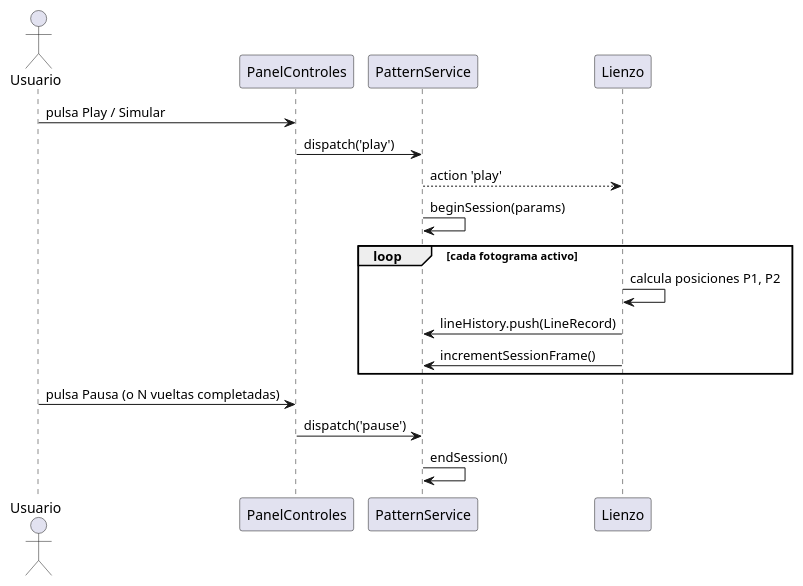
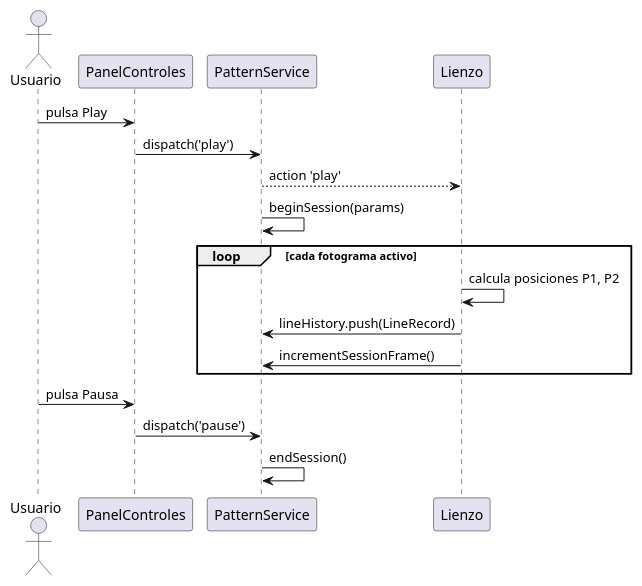
The second of 2 diagrams in claude/memoria-cap4-analisis.md (IgnacioMol/Epicycloid_generator), drawn with PlantUML before and after one commit. The commit also changed other lines of this file and 1 other file, not shown here.

````diff
--- a/claude/memoria-cap4-analisis.md
+++ b/claude/memoria-cap4-analisis.md
@@ -469,21 +372,21 @@
 ```plantuml
 @startuml SecReproducir
 actor Usuario
 participant "PanelControles" as C
 participant "PatternService" as S
 participant "Lienzo" as L
 
-Usuario -> C : pulsa Play / Simular
+Usuario -> C : pulsa Play
 C -> S : dispatch('play')
 S --> L : action 'play'
 S -> S : beginSession(params)
 loop cada fotograma activo
   L -> L : calcula posiciones P1, P2
   L -> S : lineHistory.push(LineRecord)
   L -> S : incrementSessionFrame()
 end
-Usuario -> C : pulsa Pausa (o N vueltas completadas)
+Usuario -> C : pulsa Pausa
 C -> S : dispatch('pause')
 S -> S : endSession()
 @enduml
 ```
````
